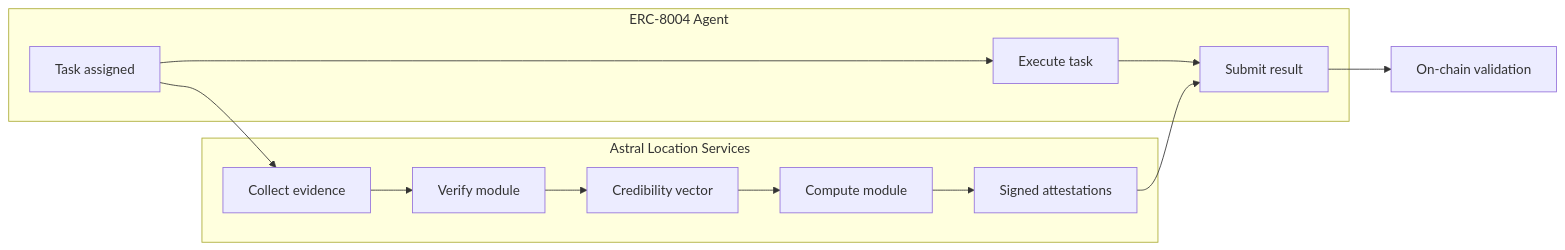
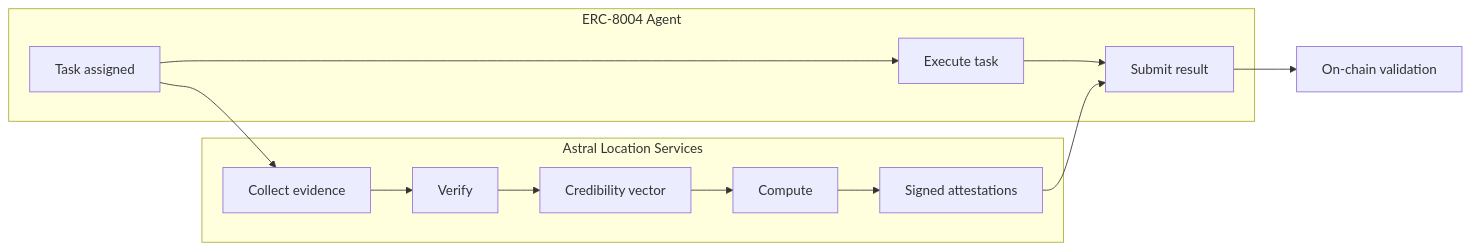
Before and after one commit to AstralProtocol/mintlify-docs: the diagram in integrations/erc-8004.mdx, drawn with Mermaid. The commit also changed other lines of this file and 9 other files, not shown here.

````diff
--- a/integrations/erc-8004.mdx
+++ b/integrations/erc-8004.mdx
@@ -35,18 +35,18 @@
 ```mermaid
 graph LR
     subgraph ERC8004["ERC-8004 Agent"]
         T[Task assigned] --> E[Execute task]
         E --> S[Submit result]
     end
 
     subgraph Astral["Astral Location Services"]
-        C[Collect evidence] --> V[Verify module]
+        C[Collect evidence] --> V[Verify]
         V --> CR[Credibility vector]
-        CR --> CO[Compute module]
+        CR --> CO[Compute]
         CO --> A[Signed attestations]
     end
 
     T --> C
     A --> S
     S --> Val[On-chain validation]
 ```
````
